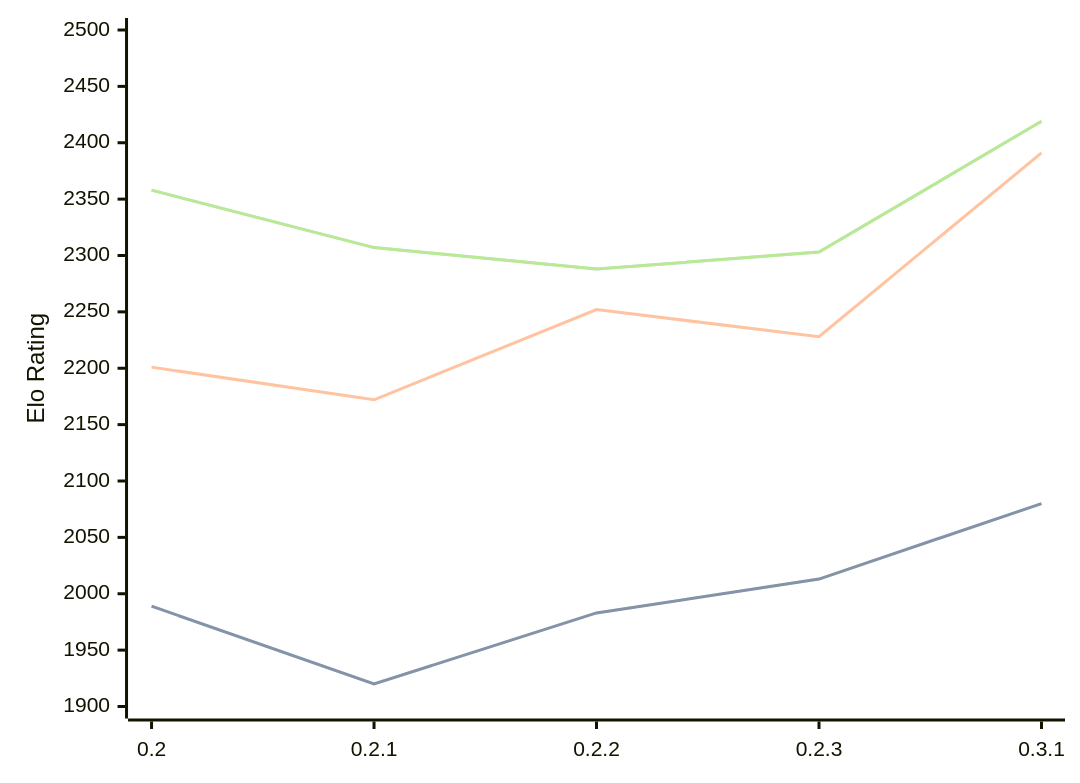
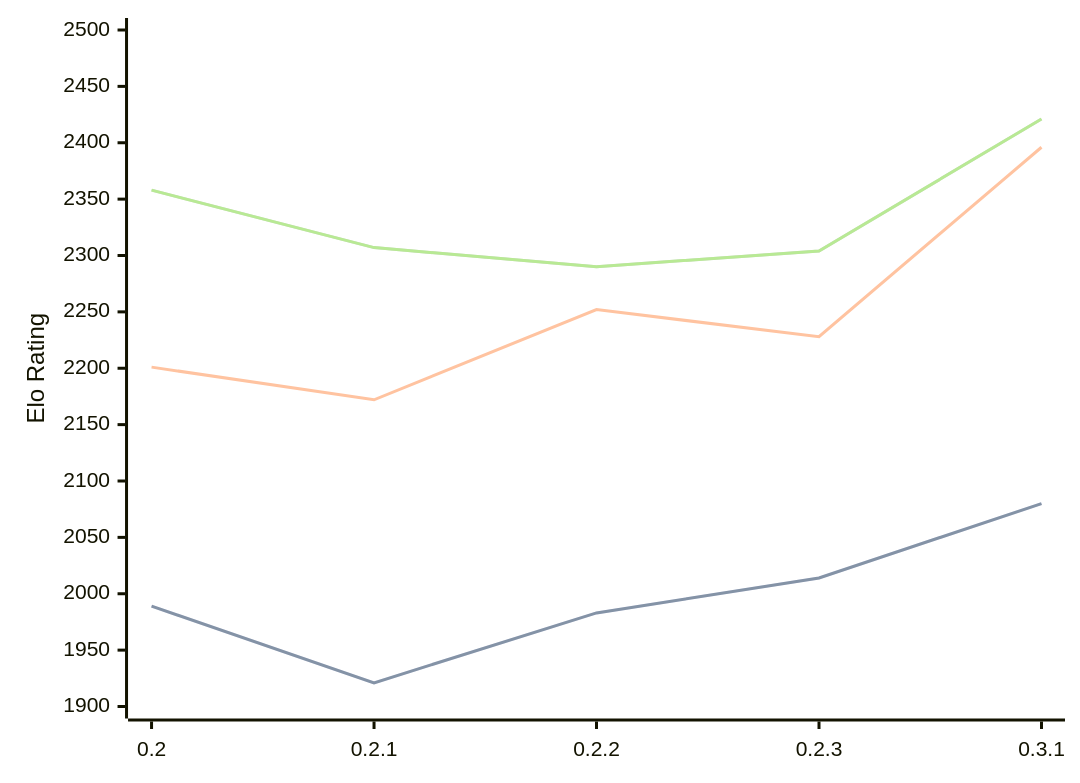
The diagram in engines/Lolbot.md (computer-chess-index/cci), drawn with Mermaid before and after one commit. The commit also changed other lines of this file, not shown here.

Commit message:
Update CCI Ratings (ELO VLTC) - 2026-08-16

````diff
--- a/engines/Lolbot.md
+++ b/engines/Lolbot.md
@@ -35,11 +35,11 @@
 ```mermaid
 %%{init: {"theme":"base","themeVariables":{"seriesColors:['#a3a3a3','#222221','#faa371']}}}%%
 xychart-beta
   x-axis ["0.2", "0.2.1", "0.2.2", "0.2.3", "0.3.1"]
   y-axis "Elo Rating" 1900 --> 2500
-  line "STC (8.0+0.08s)" [1989, 1920, 1983, 2013, 2080]
-  line "STC (8.0+0.08s)" [1989, 1920, 1983, 2013, 2080]
-  line "LTC (60.0+0.60s)" [2201, 2172, 2252, 2228, 2391]
-  line "VLTC (2m24s+1.12s)" [2358, 2307, 2288, 2303, 2419]
-  line "VLTC (2m24s+1.12s)" [2358, 2307, 2288, 2303, 2419]
+  line "STC (8.0+0.08s)" [1989, 1921, 1983, 2014, 2080]
+  line "STC (8.0+0.08s)" [1989, 1921, 1983, 2014, 2080]
+  line "LTC (60.0+0.60s)" [2201, 2172, 2252, 2228, 2396]
+  line "VLTC (2m24s+1.12s)" [2358, 2307, 2290, 2304, 2421]
+  line "VLTC (2m24s+1.12s)" [2358, 2307, 2290, 2304, 2421]
 ```
````
